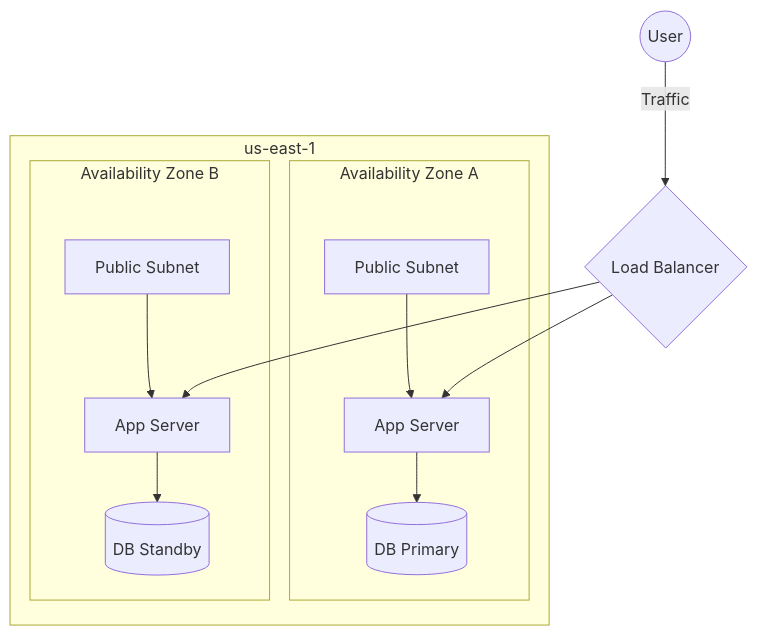
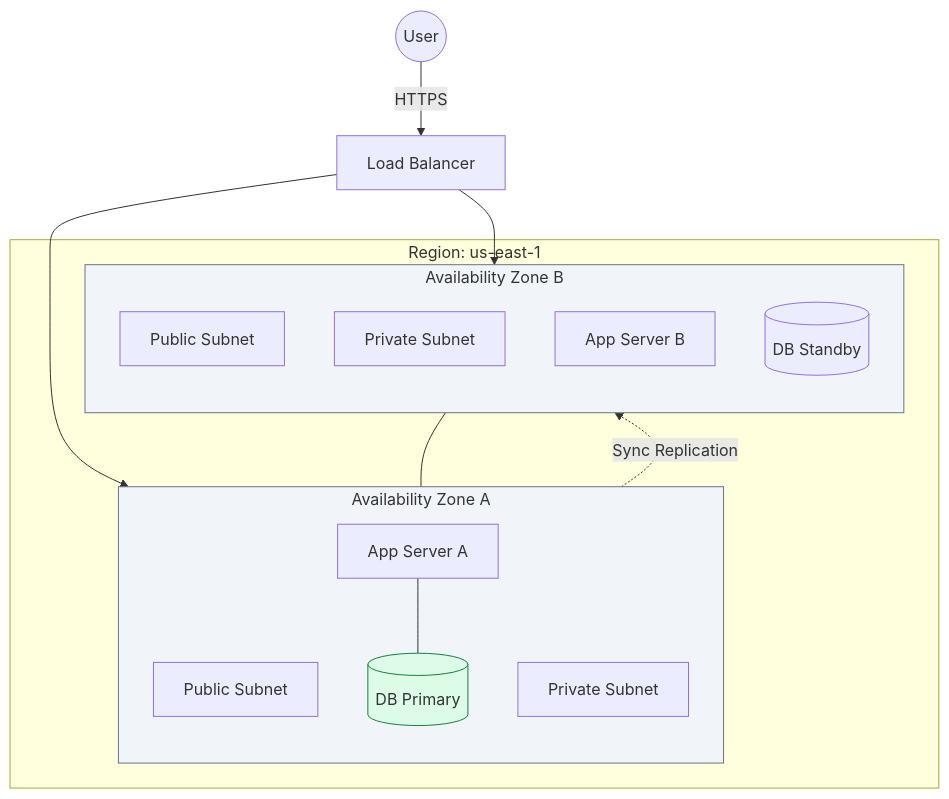
One commit to Ganil151/Devops changed the diagram in 2-Intermediate/01-Phase-1/01-Networking/08-High-Availability-and-Multi-Region/01-HA-Fundamentals-Multi-AZ/README.md. Above: the diagram before and after it, drawn with Mermaid. The commit also changed other lines of this file and 51 other files, not shown here.

````diff
--- a/2-Intermediate/01-Phase-1/01-Networking/08-High-Availability-and-Multi-Region/01-HA-Fundamentals-Multi-AZ/README.md
+++ b/2-Intermediate/01-Phase-1/01-Networking/08-High-Availability-and-Multi-Region/01-HA-Fundamentals-Multi-AZ/README.md
@@ -16,17 +5,31 @@
 ```mermaid
 graph TD
-    subgraph Region [us-east-1]
-        subgraph AZ_A [Availability Zone A]
-            Pub_A[Public Subnet] --> App_A[App Server]
-            App_A --> DB_Primary[(DB Primary)]
+    subgraph Region_Primary[Region: us-east-1]
+        subgraph AZ_A[Availability Zone A]
+            direction TB
+            Pub_A[Public Subnet]
+            Priv_A[Private Subnet]
+            App_A[App Server A]
+            DB_Primary[(DB Primary)]
         end
-        subgraph AZ_B [Availability Zone B]
-            Pub_B[Public Subnet] --> App_B[App Server]
-            App_B --> DB_Standby[(DB Standby)]
+        
+        subgraph AZ_B[Availability Zone B]
+            direction TB
+            Pub_B[Public Subnet]
+            Priv_B[Private Subnet]
+            App_B[App Server B]
+            DB_Standby[(DB Standby)]
         end
     end
 
-User((User)) -->|Traffic| LB{Load Balancer}
-    LB --> App_A
-    LB --> App_B
+    User((User)) -->|HTTPS| ALB[Load Balancer]
+    ALB --> App_A
+    ALB --> App_B
+    App_A --- DB_Primary
+    App_B --- DB_Primary
+    DB_Primary -.->|Sync Replication| DB_Standby
+
+    style AZ_A fill:#f1f5f9,stroke:#64748b
+    style AZ_B fill:#f1f5f9,stroke:#64748b
+    style DB_Primary fill:#dcfce7,stroke:#15803d
 ```
````
